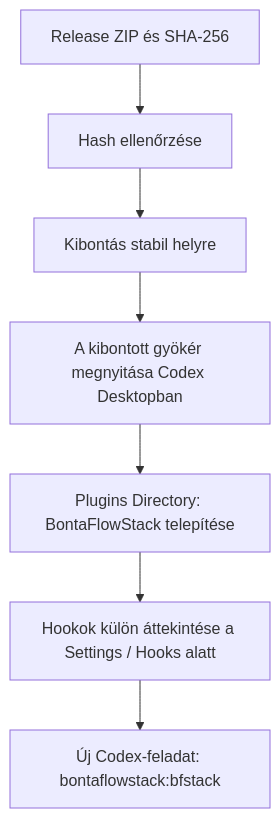
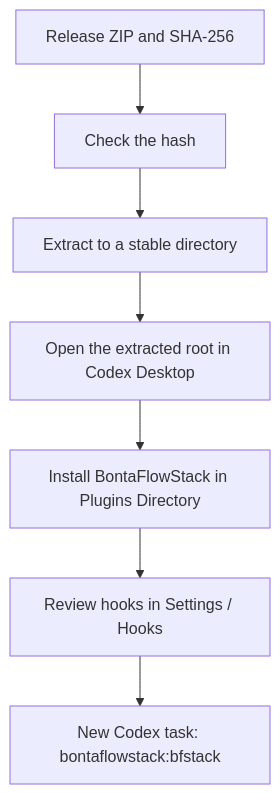
One commit to BillBalint-SM/bstack-workbook changed the third of 3 diagrams in README.md. Above: the diagram before and after it, drawn with Mermaid. The commit also changed other lines of this file and 1 other file, not shown here.

Commit message:
docs: write BontaFlowStack README in English

````diff
--- a/README.md
+++ b/README.md
@@ -166,9 +164,9 @@
 ```mermaid
 flowchart TB
-    A["Release ZIP és SHA-256"] --> B["Hash ellenőrzése"]
-    B --> C["Kibontás stabil helyre"]
-    C --> D["A kibontott gyökér megnyitása Codex Desktopban"]
-    D --> E["Plugins Directory: BontaFlowStack telepítése"]
-    E --> F["Hookok külön áttekintése a Settings / Hooks alatt"]
-    F --> G["Új Codex-feladat: bontaflowstack:bfstack"]
+    A["Release ZIP and SHA-256"] --> B["Check the hash"]
+    B --> C["Extract to a stable directory"]
+    C --> D["Open the extracted root in Codex Desktop"]
+    D --> E["Install BontaFlowStack in Plugins Directory"]
+    E --> F["Review hooks in Settings / Hooks"]
+    F --> G["New Codex task: bontaflowstack:bfstack"]
 ```
````
